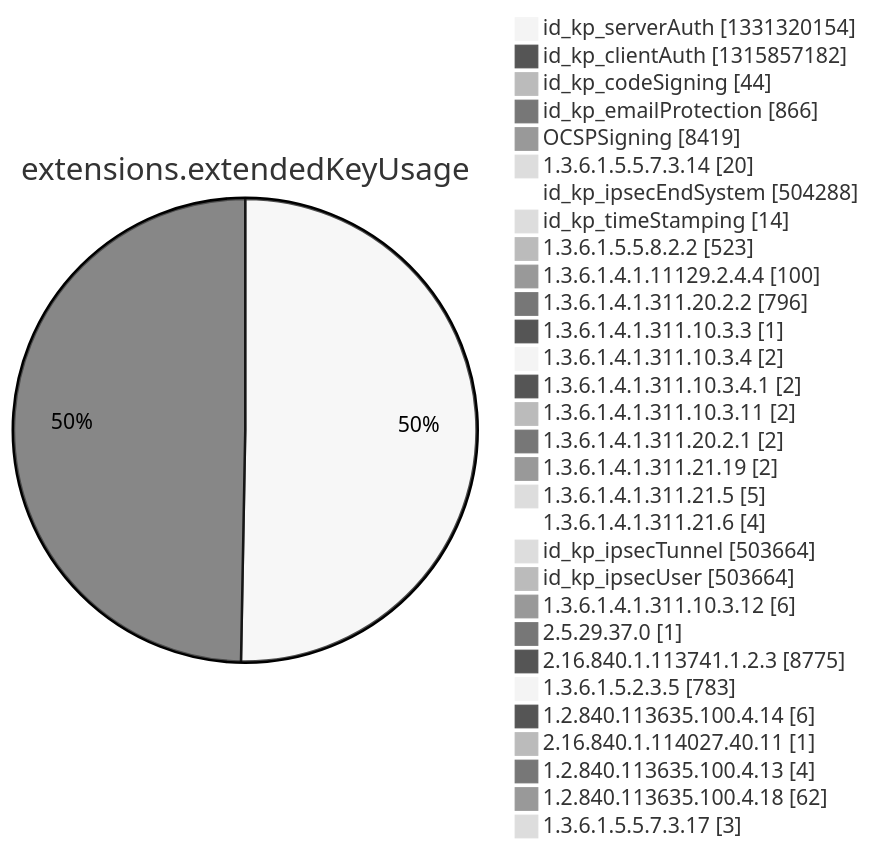
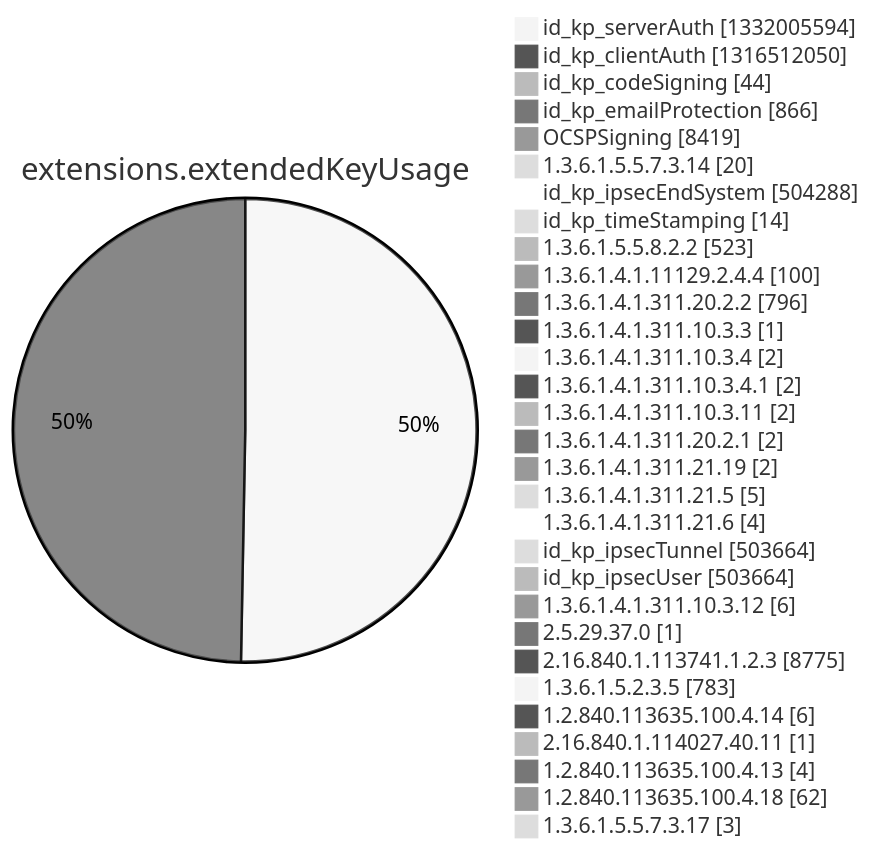
Diagram 12 of 15 in argon2022/README.md (christiankrug/ctmonitor_visualization), drawn with Mermaid (neutral theme) before and after one commit. The commit also changed other lines of this file, not shown here.

````diff
--- a/argon2022/README.md
+++ b/argon2022/README.md
@@ -3553,34 +3553,34 @@
 ```mermaid
 pie showData
 title extensions.extendedKeyUsage
-"id_kp_serverAuth" :1331320154
-"id_kp_clientAuth" :1315857182
+"id_kp_serverAuth" :1332005594
+"id_kp_clientAuth" :1316512050
 "id_kp_codeSigning" :44
 "id_kp_emailProtection" :866
 "OCSPSigning" :8419
 "1.3.6.1.5.5.7.3.14" :20
 "id_kp_ipsecEndSystem" :504288
 "id_kp_timeStamping" :14
 "1.3.6.1.5.5.8.2.2" :523
 "1.3.6.1.4.1.11129.2.4.4" :100
 "1.3.6.1.4.1.311.20.2.2" :796
 "1.3.6.1.4.1.311.10.3.3" :1
 "1.3.6.1.4.1.311.10.3.4" :2
 "1.3.6.1.4.1.311.10.3.4.1" :2
 "1.3.6.1.4.1.311.10.3.11" :2
 "1.3.6.1.4.1.311.20.2.1" :2
 "1.3.6.1.4.1.311.21.19" :2
 "1.3.6.1.4.1.311.21.5" :5
 "1.3.6.1.4.1.311.21.6" :4
 "id_kp_ipsecTunnel" :503664
 "id_kp_ipsecUser" :503664
 "1.3.6.1.4.1.311.10.3.12" :6
 "2.5.29.37.0" :1
 "2.16.840.1.113741.1.2.3" :8775
 "1.3.6.1.5.2.3.5" :783
 "1.2.840.113635.100.4.14" :6
 "2.16.840.1.114027.40.11" :1
 "1.2.840.113635.100.4.13" :4
 "1.2.840.113635.100.4.18" :62
 "1.3.6.1.5.5.7.3.17" :3
 ```
````
